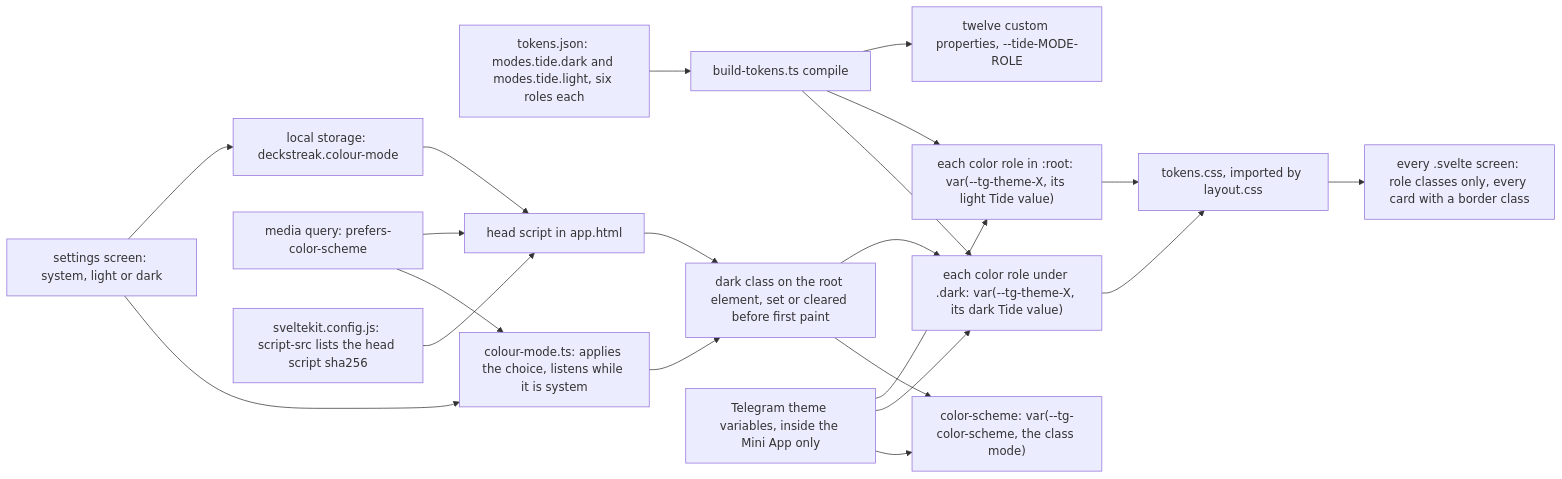
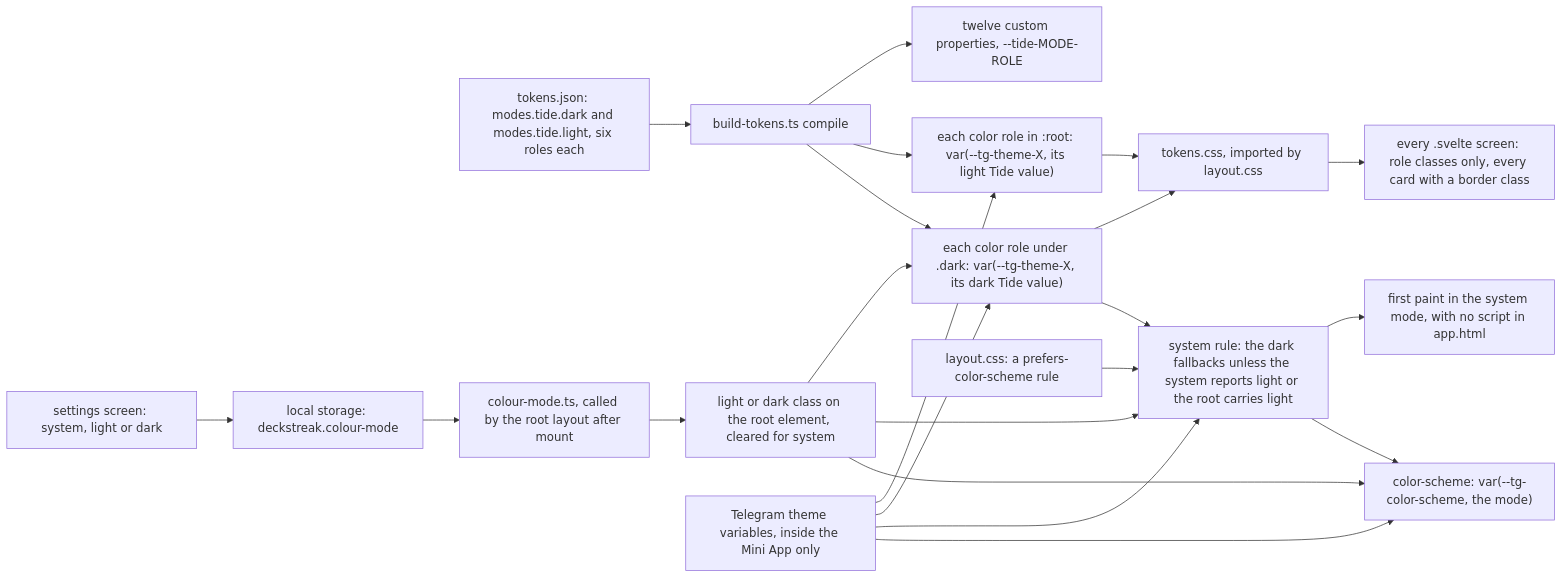
One commit to RexRenatus/deck-streak changed the first of 2 diagrams in docs/schematics/tide-screens.md. Above: the diagram before and after it, drawn with Mermaid. The commit also changed other lines of this file and 4 other files, not shown here.

Commit message:
docs(design): re-cut SPEC-593 and ADR-616 to a stylesheet colour mode

````diff
--- a/docs/schematics/tide-screens.md
+++ b/docs/schematics/tide-screens.md
@@ -9,23 +9,24 @@
 ```mermaid
 flowchart LR
   TJ["tokens.json: modes.tide.dark and modes.tide.light, six roles each"] --> BT["build-tokens.ts compile"]
   BT --> TP["twelve custom properties, --tide-MODE-ROLE"]
   BT --> RF["each color role in :root: var(--tg-theme-X, its light Tide value)"]
   BT --> DF["each color role under .dark: var(--tg-theme-X, its dark Tide value)"]
   RF --> CSS["tokens.css, imported by layout.css"]
   DF --> CSS
   CSS --> SCR["every .svelte screen: role classes only, every card with a border class"]
-  LS["local storage: deckstreak.colour-mode"] --> HS["head script in app.html"]
-  MQ["media query: prefers-color-scheme"] --> HS
-  CSP["sveltekit.config.js: script-src lists the head script sha256"] --> HS
-  HS --> DK["dark class on the root element, set or cleared before first paint"]
-  SET["settings screen: system, light or dark"] --> LS
-  SET --> CM["colour-mode.ts: applies the choice, listens while it is system"]
-  MQ --> CM
-  CM --> DK
+  SET["settings screen: system, light or dark"] --> LS["local storage: deckstreak.colour-mode"]
+  LS --> CM["colour-mode.ts, called by the root layout after mount"]
+  CM --> DK["light or dark class on the root element, cleared for system"]
   DK --> DF
-  DK --> SCH["color-scheme: var(--tg-color-scheme, the class mode)"]
+  MQ["layout.css: a prefers-color-scheme rule"] --> SR["system rule: the dark fallbacks unless the system reports light or the root carries light"]
+  DF --> SR
+  SR --> FP["first paint in the system mode, with no script in app.html"]
+  DK --> SR
+  DK --> SCH["color-scheme: var(--tg-color-scheme, the mode)"]
+  SR --> SCH
   TG["Telegram theme variables, inside the Mini App only"] --> RF
   TG --> DF
+  TG --> SR
   TG --> SCH
 ```
````
